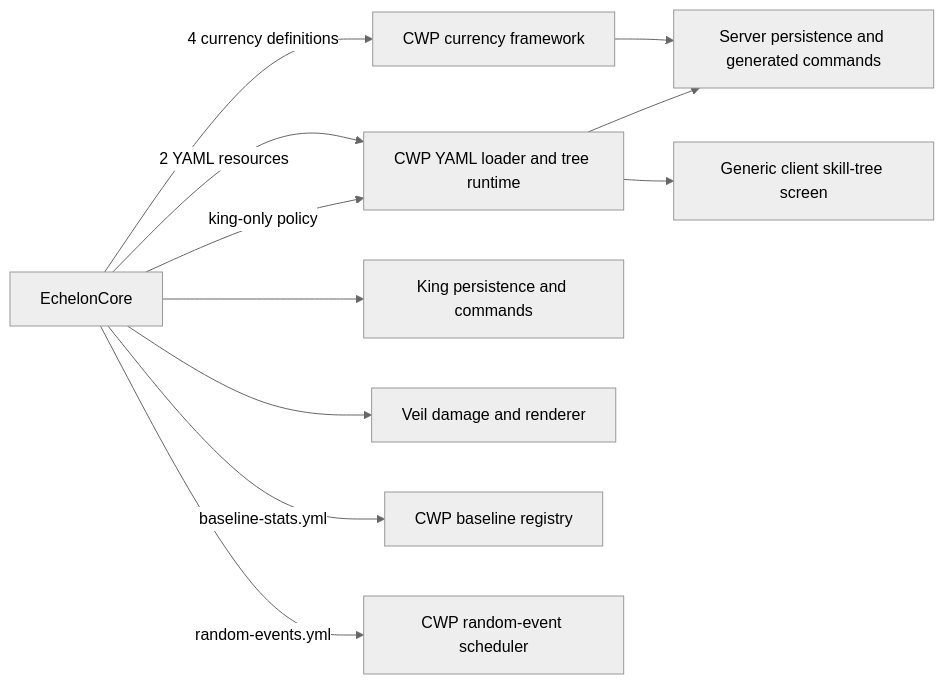
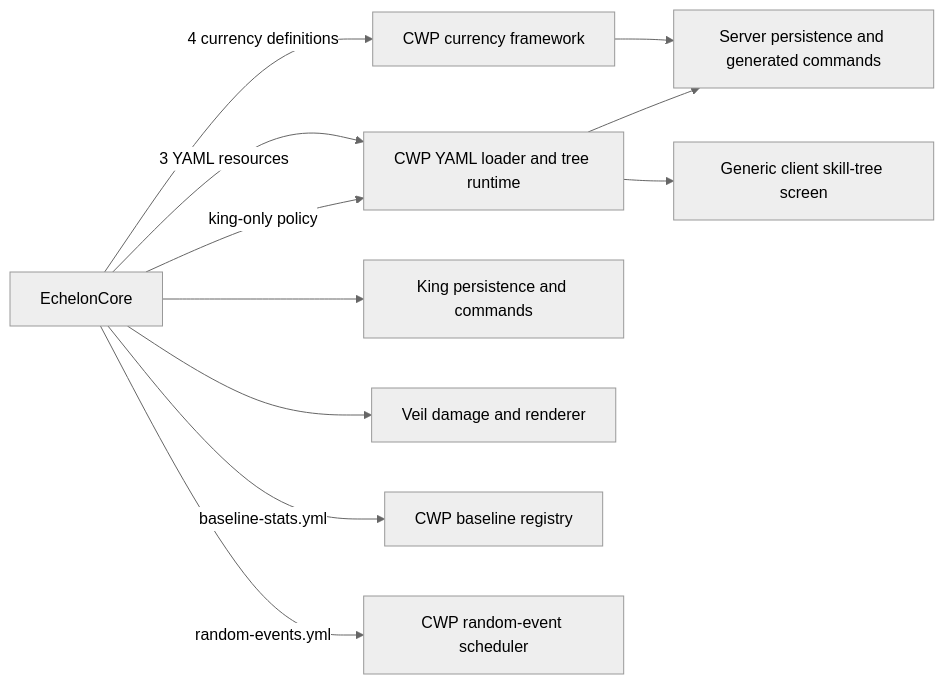
One commit to LeonHosch/EchelonCore changed the diagram in README.md. Above: the diagram before and after it, drawn with Mermaid (neutral theme). The commit also changed other lines of this file and 3 other files, not shown here.

````diff
--- a/README.md
+++ b/README.md
@@ -19,13 +19,13 @@
 ```mermaid
 flowchart LR
     E[EchelonCore] -->|4 currency definitions| C[CWP currency framework]
-    E -->|2 YAML resources| T[CWP YAML loader and tree runtime]
+    E -->|3 YAML resources| T[CWP YAML loader and tree runtime]
     E -->|king-only policy| T
     E --> K[King persistence and commands]
     E --> V[Veil damage and renderer]
     E -->|baseline-stats.yml| P[CWP baseline registry]
     E -->|random-events.yml| R[CWP random-event scheduler]
     C --> S[Server persistence and generated commands]
     T --> S
     T --> U[Generic client skill-tree screen]
 ```
````
